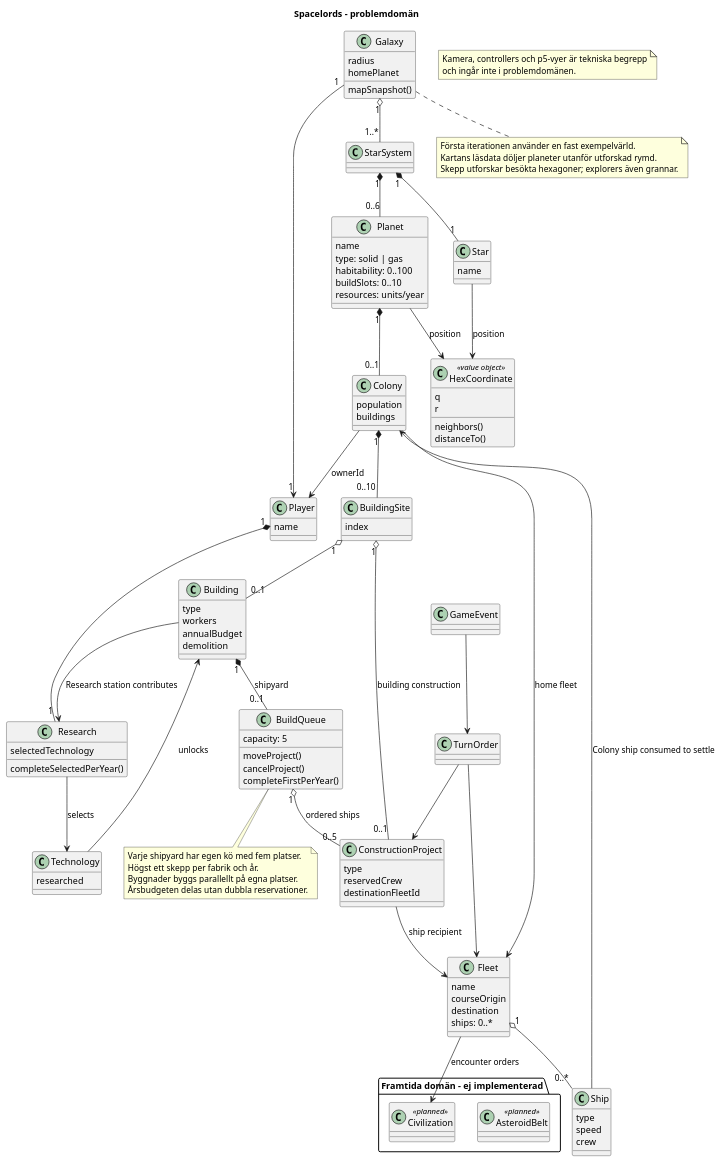
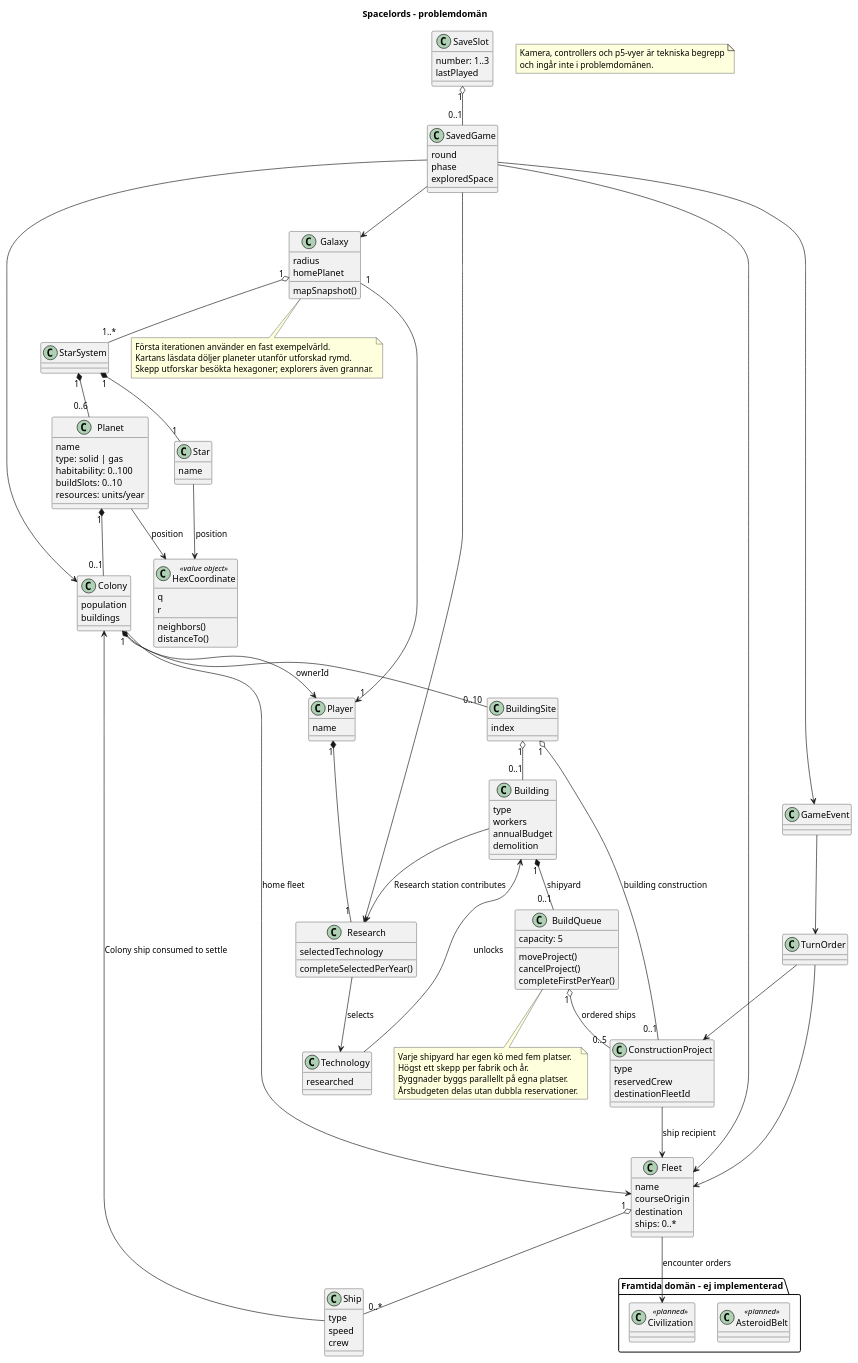
One commit to dntoll/spacelords changed the diagram in docs/domain-model.puml. Above: the diagram before and after it, drawn with PlantUML. The commit also changed 22 other files, not shown here.

Commit message:
feat: add three save slots with local game persistence

```diff
--- a/docs/domain-model.puml
+++ b/docs/domain-model.puml
@@ -1,120 +1,136 @@
 @startuml
 title Spacelords – problemdomän
+
+class SaveSlot {
+  number: 1..3
+  lastPlayed
+}
+class SavedGame {
+  round
+  phase
+  exploredSpace
+}
+SaveSlot "1" o-- "0..1" SavedGame
+SavedGame --> Galaxy
+SavedGame --> Fleet
+SavedGame --> Colony
+SavedGame --> Research
+SavedGame --> GameEvent
 
 class Galaxy {
   radius
   homePlanet
   mapSnapshot()
 }
 class StarSystem
 class Star {
   name
 }
 class Planet {
   name
   type: solid | gas
   habitability: 0..100
   buildSlots: 0..10
   resources: units/year
 }
 class Colony {
   population
   buildings
 }
 class Building {
   type
   workers
   annualBudget
   demolition
 }
 class ConstructionProject {
   type
   reservedCrew
   destinationFleetId
 }
 class BuildingSite {
   index
 }
 class Technology {
   researched
 }
 class Research {
   selectedTechnology
   completeSelectedPerYear()
 }
 class BuildQueue {
   capacity: 5
   moveProject()
   cancelProject()
   completeFirstPerYear()
 }
 class Ship {
   type
   speed
   crew
 }
 class Fleet {
   name
   courseOrigin
   destination
   ships: 0..*
 }
 class TurnOrder
 class GameEvent
 class Player {
   name
 }
 class HexCoordinate <<value object>> {
   q
   r
   neighbors()
   distanceTo()
 }
 
 Galaxy "1" o-- "1..*" StarSystem
 Galaxy "1" --> "1" Player
 StarSystem "1" *-- "1" Star
 StarSystem "1" *-- "0..6" Planet
 Star --> HexCoordinate : position
 Planet --> HexCoordinate : position
 Planet "1" *-- "0..1" Colony
 Colony --> Player : ownerId
 Colony "1" *-- "0..10" BuildingSite
 BuildingSite "1" o-- "0..1" Building
 BuildingSite "1" o-- "0..1" ConstructionProject : building construction
 Building "1" *-- "0..1" BuildQueue : shipyard
 BuildQueue "1" o-- "0..5" ConstructionProject : ordered ships
 Player "1" *-- "1" Research
 Research --> Technology : selects
 Technology --> Building : unlocks
 Building --> Research : Research station contributes
 ConstructionProject --> Fleet : ship recipient
 Colony --> Fleet : home fleet
 Fleet "1" o-- "0..*" Ship
 Ship --> Colony : Colony ship consumed to settle
 TurnOrder --> ConstructionProject
 TurnOrder --> Fleet
 GameEvent --> TurnOrder
 
 note bottom of BuildQueue
   Varje shipyard har egen kö med fem platser.
   Högst ett skepp per fabrik och år.
   Byggnader byggs parallellt på egna platser.
   Årsbudgeten delas utan dubbla reservationer.
 end note
 
 note bottom of Galaxy
   Första iterationen använder en fast exempelvärld.
   Kartans läsdata döljer planeter utanför utforskad rymd.
   Skepp utforskar besökta hexagoner; explorers även grannar.
 end note
 
 package "Framtida domän – ej implementerad" {
   class AsteroidBelt <<planned>>
   class Civilization <<planned>>
   Fleet --> Civilization : encounter orders
 }
 
 note "Kamera, controllers och p5-vyer är tekniska begrepp\noch ingår inte i problemdomänen." as Scope
 
 @enduml
```
